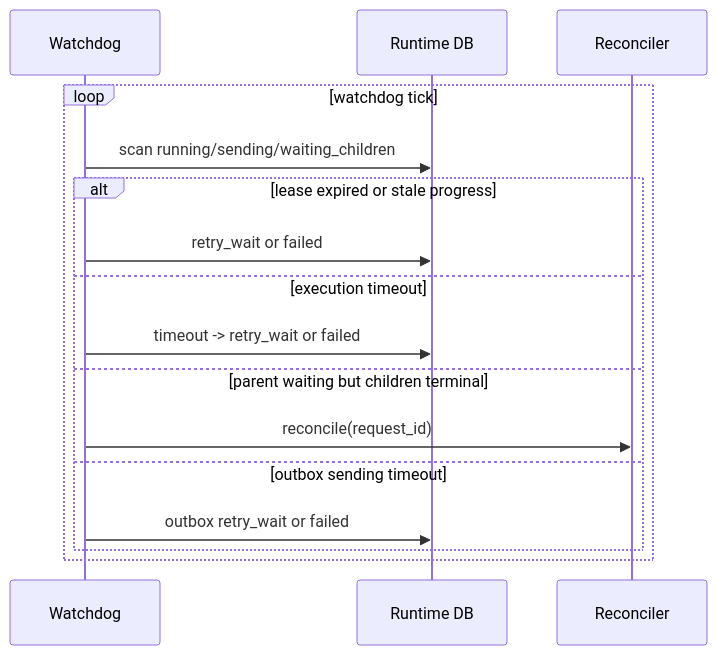
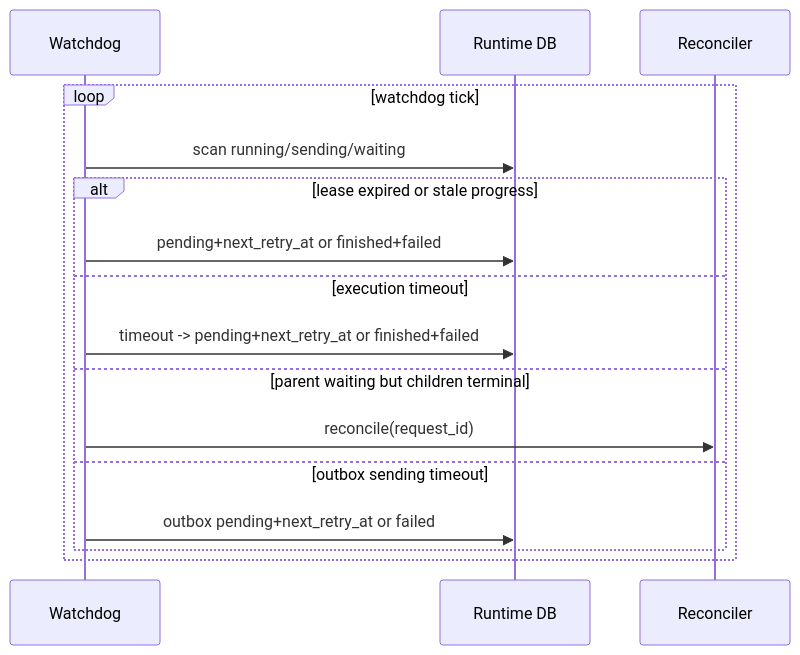
One commit to knighterrantsky/mujitask changed the sixth of 6 diagrams in docs/arch/system-architecture-design.md. Above: the diagram before and after it, drawn with Mermaid. The commit also changed other lines of this file and 89 other files, not shown here.

````diff
--- a/docs/arch/system-architecture-design.md
+++ b/docs/arch/system-architecture-design.md
@@ -401,19 +459,19 @@
 ```mermaid
 sequenceDiagram
     participant WD as Watchdog
     participant DB as Runtime DB
     participant Rec as Reconciler
 
     loop watchdog tick
-        WD->>DB: scan running/sending/waiting_children
+        WD->>DB: scan running/sending/waiting
         alt lease expired or stale progress
-            WD->>DB: retry_wait or failed
+            WD->>DB: pending+next_retry_at or finished+failed
         else execution timeout
-            WD->>DB: timeout -> retry_wait or failed
+            WD->>DB: timeout -> pending+next_retry_at or finished+failed
         else parent waiting but children terminal
             WD->>Rec: reconcile(request_id)
         else outbox sending timeout
-            WD->>DB: outbox retry_wait or failed
+            WD->>DB: outbox pending+next_retry_at or failed
         end
     end
 ```
````
